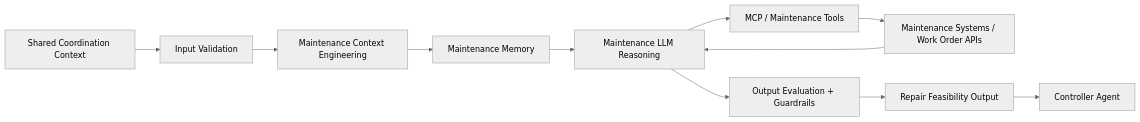
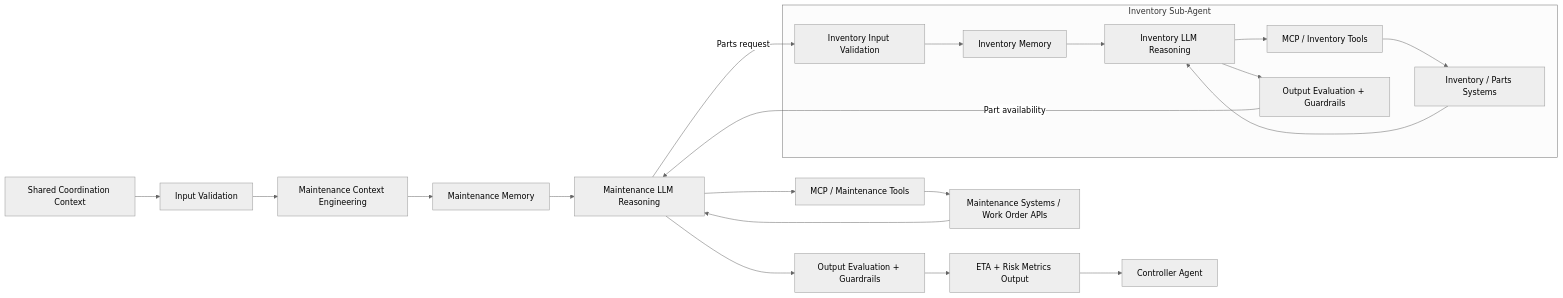
One commit to jguttikonda/fde_us03_cap changed the third of 6 diagrams in propsal.md. Above: the diagram before and after it, drawn with Mermaid (neutral theme). The commit also changed other lines of this file and 30 other files, not shown here.

````diff
--- a/propsal.md
+++ b/propsal.md
@@ -314,13 +313,23 @@
 ```mermaid
 flowchart LR
     SharedCtx[Shared Coordination Context] --> ValidateM[Input Validation]
     ValidateM --> MCtx[Maintenance Context Engineering]
     MCtx --> MMem[Maintenance Memory]
     MMem --> MLLM[Maintenance LLM Reasoning]
     MLLM --> MTools[MCP / Maintenance Tools]
-    MTools --> APIs[Maintenance Systems / Work Order APIs]
-    APIs --> MLLM
+    MTools --> MAPIs[Maintenance Systems / Work Order APIs]
+    MAPIs --> MLLM
+    MLLM -->|Parts request| ValidateI[Inventory Input Validation]
+    subgraph InvSub[Inventory Sub-Agent]
+        ValidateI --> IMem[Inventory Memory]
+        IMem --> ILLM[Inventory LLM Reasoning]
+        ILLM --> ITools[MCP / Inventory Tools]
+        ITools --> IAPIs[Inventory / Parts Systems]
+        IAPIs --> ILLM
+        ILLM --> EvalI[Output Evaluation + Guardrails]
+    end
+    EvalI -->|Part availability| MLLM
     MLLM --> EvalM[Output Evaluation + Guardrails]
-    EvalM --> MOut[Repair Feasibility Output]
+    EvalM --> MOut[ETA + Risk Metrics Output]
     MOut --> Controller[Controller Agent]
 ```
````
